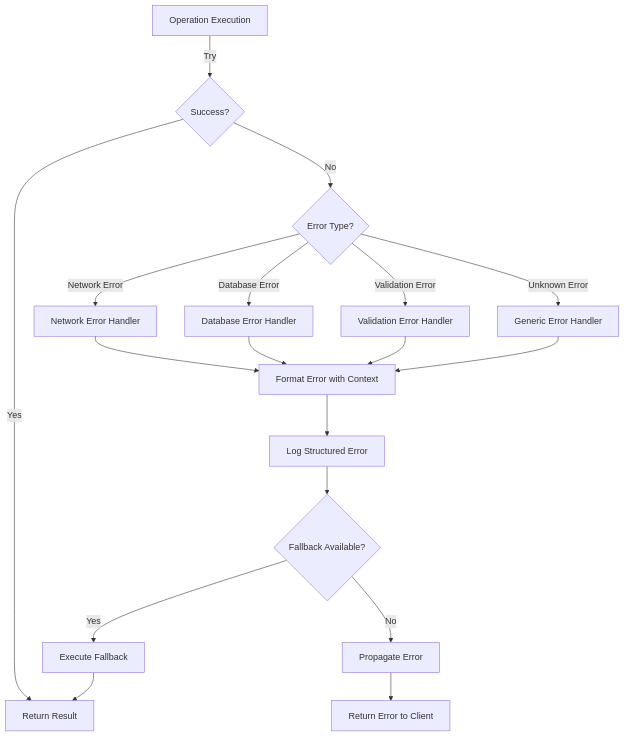
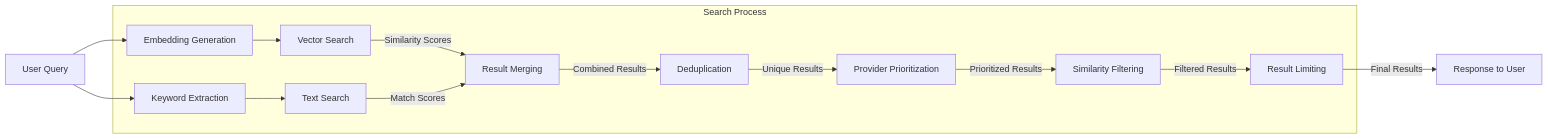
Before and after one commit to OI-OS/OI-mcpadvisor: the second of 5 diagrams in README.md, drawn with Mermaid. The commit also changed other lines of this file and 1 other file, not shown here.

````diff
--- a/README.md
+++ b/README.md
@@ -186,25 +110,20 @@
 ```mermaid
-graph TD
-    Operation["Operation Execution"] --> |"Try"| Success{"Success?"}
-    Success -->|"Yes"| Result["Return Result"]
-    Success -->|"No"| ErrorType{"Error Type?"}
+flowchart LR
+    Query["User Query"] --> Embedding["Embedding Generation"]
+    Query --> KeywordExtraction["Keyword Extraction"]
     
-    ErrorType -->|"Network Error"| NetworkHandler["Network Error Handler"]
-    ErrorType -->|"Database Error"| DBHandler["Database Error Handler"]
-    ErrorType -->|"Validation Error"| ValidationHandler["Validation Error Handler"]
-    ErrorType -->|"Unknown Error"| GenericHandler["Generic Error Handler"]
+    subgraph "Search Process"
+        Embedding --> VectorSearch["Vector Search"]
+        KeywordExtraction --> TextSearch["Text Search"]
+        
+        VectorSearch --> |"Similarity Scores"| ResultMerging
+        TextSearch --> |"Match Scores"| ResultMerging["Result Merging"]
+        
+        ResultMerging --> |"Combined Results"| Deduplication["Deduplication"]
+        Deduplication --> |"Unique Results"| Prioritization["Provider Prioritization"]
+        Prioritization --> |"Prioritized Results"| SimilarityFiltering["Similarity Filtering"]
+        SimilarityFiltering --> |"Filtered Results"| Limiting["Result Limiting"]
+    end
     
-    NetworkHandler --> FormatError["Format Error with Context"]
-    DBHandler --> FormatError
-    ValidationHandler --> FormatError
-    GenericHandler --> FormatError
-    
-    FormatError --> LogError["Log Structured Error"]
-    LogError --> Fallback{"Fallback Available?"}
-    
-    Fallback -->|"Yes"| FallbackOperation["Execute Fallback"]
-    Fallback -->|"No"| PropagateError["Propagate Error"]
-    
-    FallbackOperation --> Result
-    PropagateError --> ClientError["Return Error to Client"]
+    Limiting --> |"Final Results"| Response["Response to User"]
 ```
````
